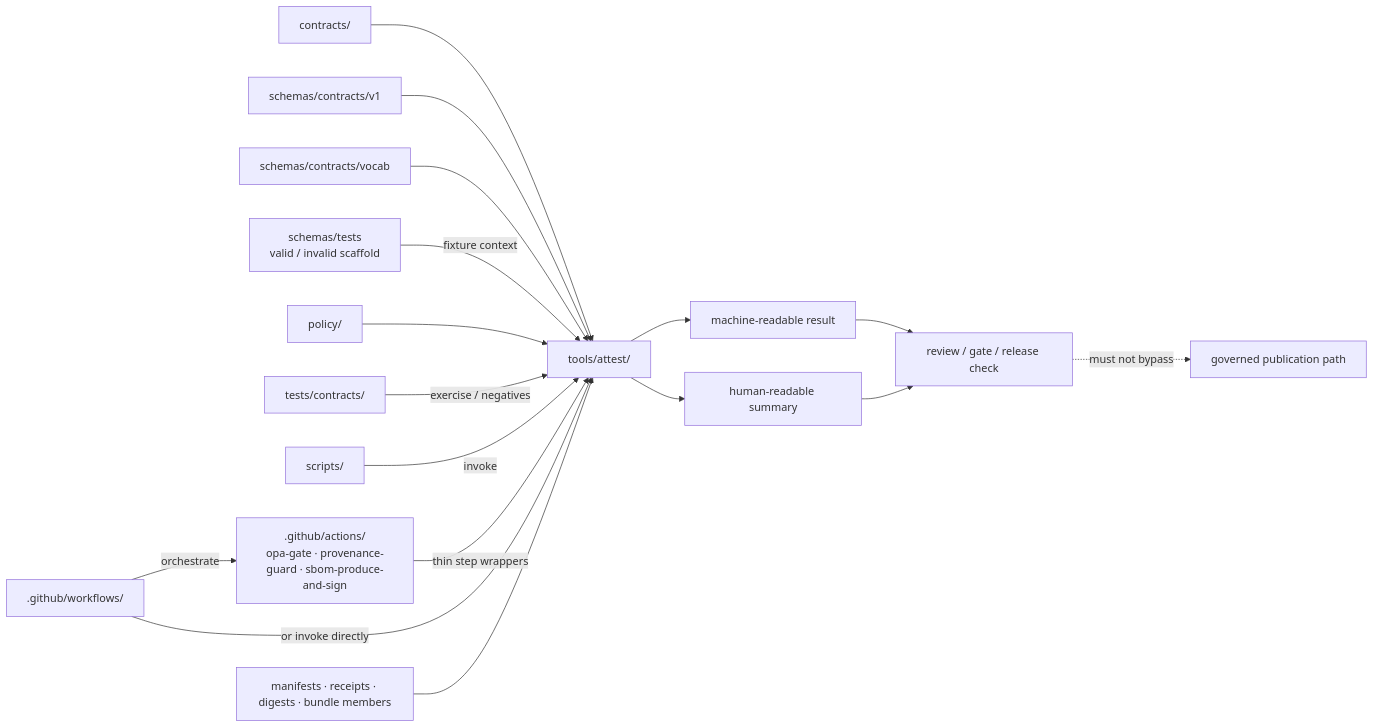
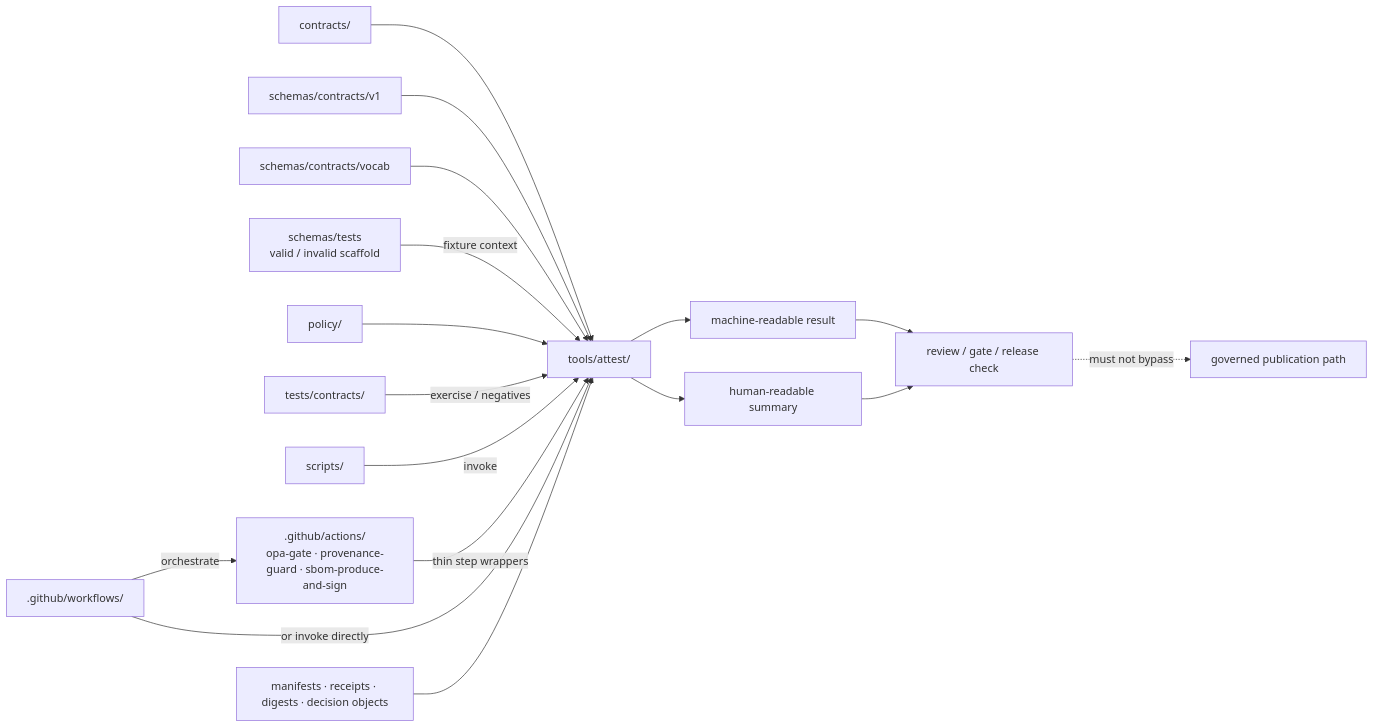
Before and after one commit to bartytime4life/Kansas-Frontier-Matrix: the diagram in tools/attest/README.md, drawn with Mermaid. The commit also changed other lines of this file, not shown here.

````diff
--- a/tools/attest/README.md
+++ b/tools/attest/README.md
@@ -446,38 +557,38 @@
 ```mermaid
 flowchart LR
   C[contracts/]
   SC[schemas/contracts/v1]
   SV[schemas/contracts/vocab]
   ST[schemas/tests<br/>valid / invalid scaffold]
   P[policy/]
   TC[tests/contracts/]
   S[scripts/]
   A[.github/actions/<br/>opa-gate · provenance-guard · sbom-produce-and-sign]
   W[.github/workflows/]
-  D[manifests · receipts · digests · bundle members]
+  D[manifests · receipts · digests · decision objects]
   T[tools/attest/]
 
   R[machine-readable result]
   H[human-readable summary]
   G[review / gate / release check]
   U[governed publication path]
 
   C --> T
   SC --> T
   SV --> T
   ST -->|fixture context| T
   P --> T
   TC -->|exercise / negatives| T
   S -->|invoke| T
   A -->|thin step wrappers| T
   W -->|orchestrate| A
   W -->|or invoke directly| T
   D --> T
 
   T --> R
   T --> H
   R --> G
   H --> G
 
   G -. must not bypass .-> U
 ```
````
